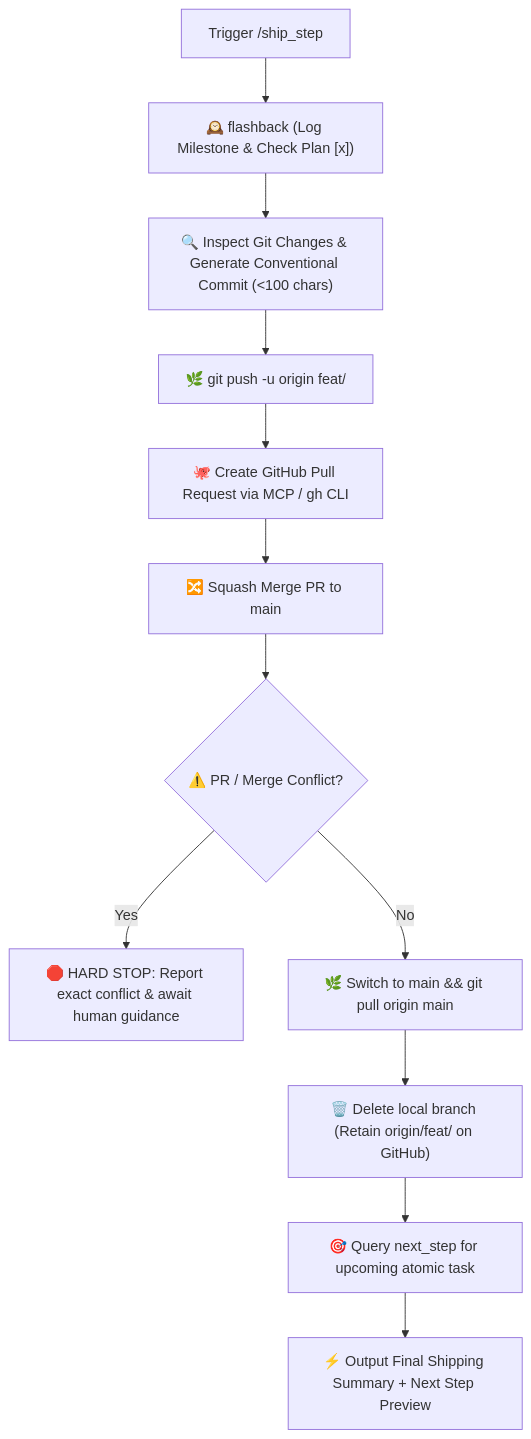
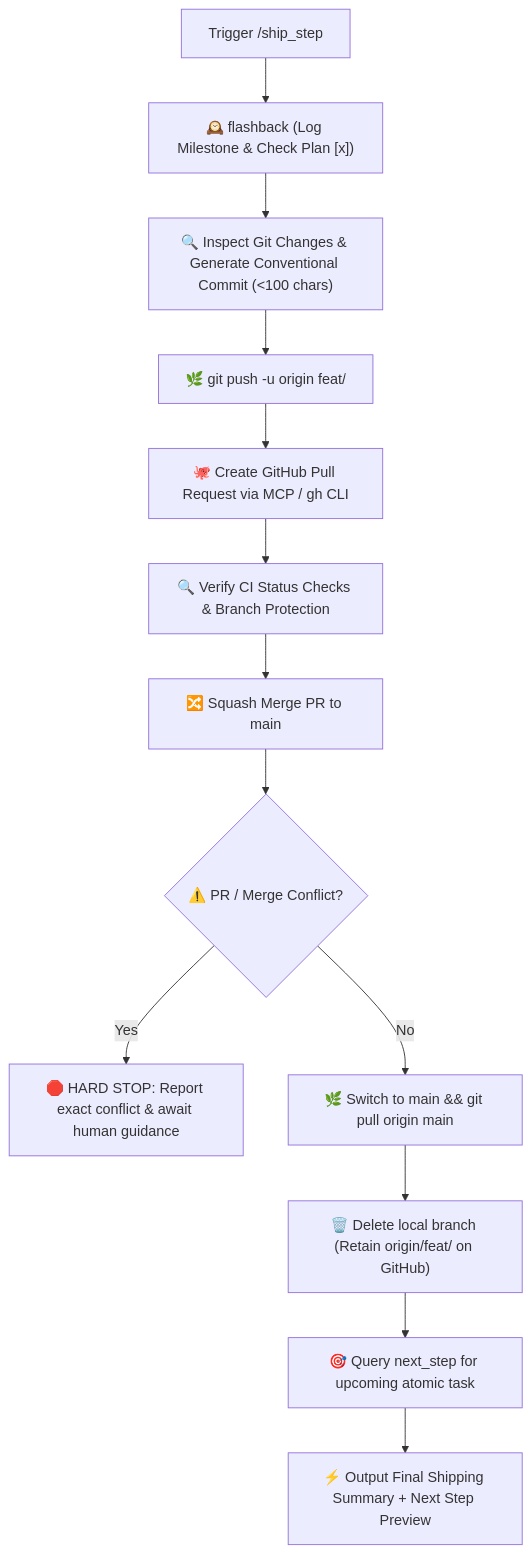
Before and after one commit to agrawalshivam279/safe-yatra: the diagram in .agents/skills/ship_step/SKILL.md, drawn with Mermaid. The commit also changed other lines of this file and 33 other files, not shown here.

````diff
--- a/.agents/skills/ship_step/SKILL.md
+++ b/.agents/skills/ship_step/SKILL.md
@@ -18,15 +18,16 @@
 ```mermaid
 flowchart TD
     A["Trigger /ship_step"] --> B["🕰️ flashback (Log Milestone & Check Plan [x])"]
     B --> C["🔍 Inspect Git Changes & Generate Conventional Commit (<100 chars)"]
     C --> D["🌿 git push -u origin feat/<slug>"]
     D --> E["🐙 Create GitHub Pull Request via MCP / gh CLI"]
-    E --> F["🔀 Squash Merge PR to main"]
-    F --> G{"⚠️ PR / Merge Conflict?"}
+    E --> F["🔍 Verify CI Status Checks & Branch Protection"]
+    F --> G["🔀 Squash Merge PR to main"]
+    G --> H{"⚠️ PR / Merge Conflict?"}
     
-    G -- "Yes" --> H["🛑 HARD STOP: Report exact conflict & await human guidance"]
-    G -- "No" --> I["🌿 Switch to main && git pull origin main"]
-    I --> J["🗑️ Delete local branch (Retain origin/feat/<slug> on GitHub)"]
-    J --> K["🎯 Query next_step for upcoming atomic task"]
-    K --> L["⚡ Output Final Shipping Summary + Next Step Preview"]
+    H -- "Yes" --> I["🛑 HARD STOP: Report exact conflict & await human guidance"]
+    H -- "No" --> J["🌿 Switch to main && git pull origin main"]
+    J --> K["🗑️ Delete local branch (Retain origin/feat/<slug> on GitHub)"]
+    K --> L["🎯 Query next_step for upcoming atomic task"]
+    L --> M["⚡ Output Final Shipping Summary + Next Step Preview"]
 ```
````
